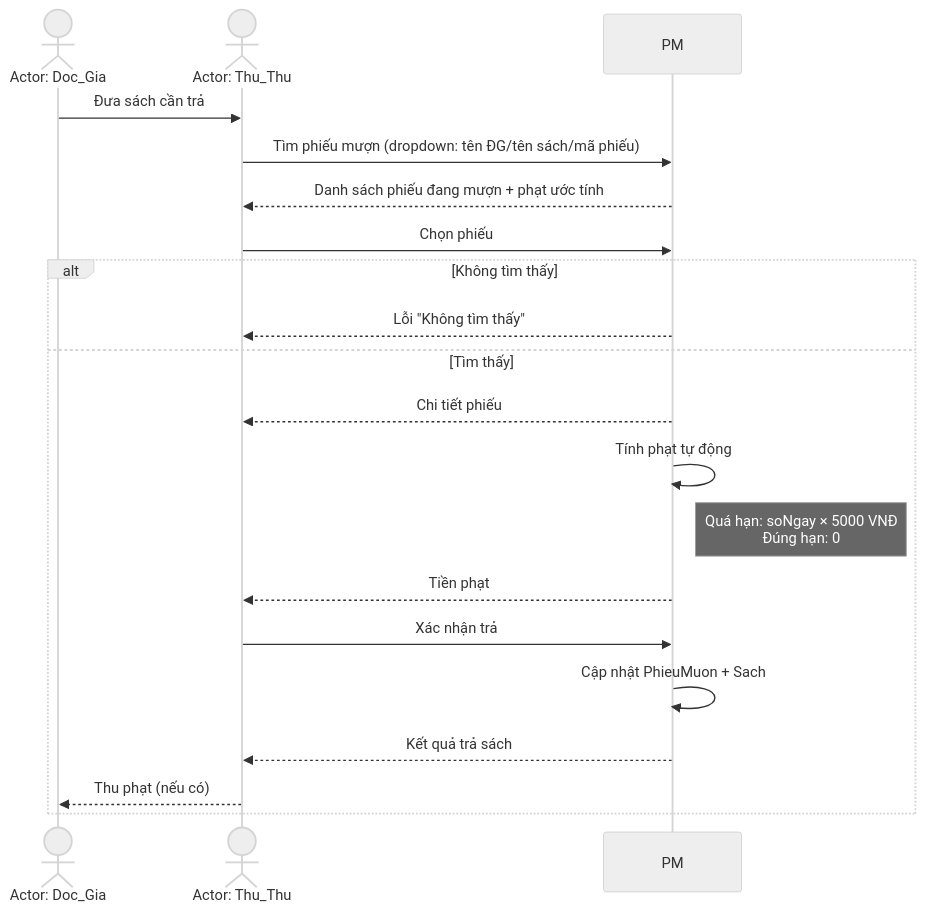
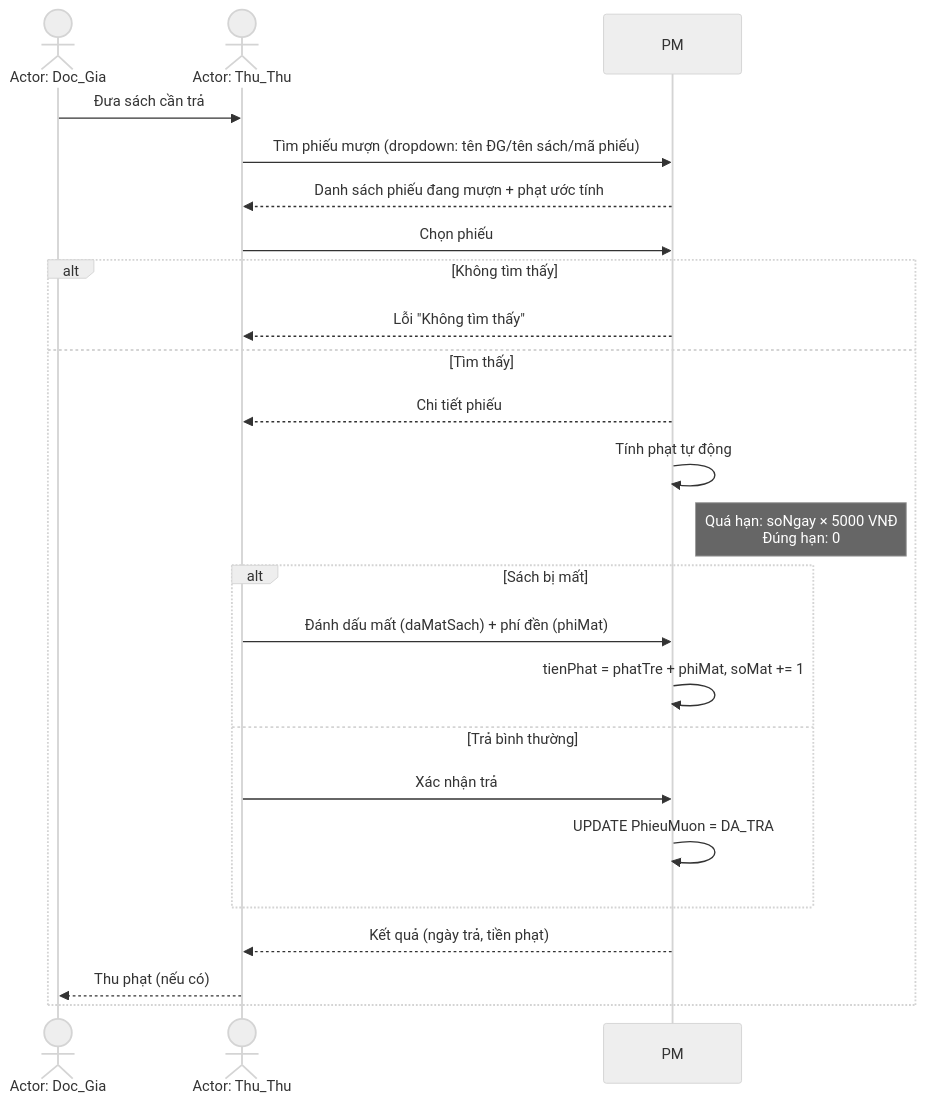
One commit to NPhamDoan/FULL_QLThuVien changed the fourth of 15 diagrams in .kiro/document/BaoCao_3UC_Mermaid.md. Above: the diagram before and after it, drawn with Mermaid (neutral theme). The commit also changed other lines of this file and 37 other files, not shown here.

````diff
--- a/.kiro/document/BaoCao_3UC_Mermaid.md
+++ b/.kiro/document/BaoCao_3UC_Mermaid.md
@@ -117,23 +117,27 @@
 ```mermaid
 sequenceDiagram
     actor DG as Actor: Doc_Gia
     actor TT as Actor: Thu_Thu
     participant PM as PM
 
     DG->>TT: Đưa sách cần trả
     TT->>PM: Tìm phiếu mượn (dropdown: tên ĐG/tên sách/mã phiếu)
     PM-->>TT: Danh sách phiếu đang mượn + phạt ước tính
     TT->>PM: Chọn phiếu
     alt Không tìm thấy
         PM-->>TT: Lỗi "Không tìm thấy"
     else Tìm thấy
         PM-->>TT: Chi tiết phiếu
         PM->>PM: Tính phạt tự động
         Note right of PM: Quá hạn: soNgay × 5000 VNĐ<br/>Đúng hạn: 0
-        PM-->>TT: Tiền phạt
-        TT->>PM: Xác nhận trả
-        PM->>PM: Cập nhật PhieuMuon + Sach
-        PM-->>TT: Kết quả trả sách
+        alt Sách bị mất
+            TT->>PM: Đánh dấu mất (daMatSach) + phí đền (phiMat)
+            PM->>PM: tienPhat = phatTre + phiMat, soMat += 1
+        else Trả bình thường
+            TT->>PM: Xác nhận trả
+            PM->>PM: UPDATE PhieuMuon = DA_TRA
+        end
+        PM-->>TT: Kết quả (ngày trả, tiền phạt)
         TT-->>DG: Thu phạt (nếu có)
     end
 ```
````
